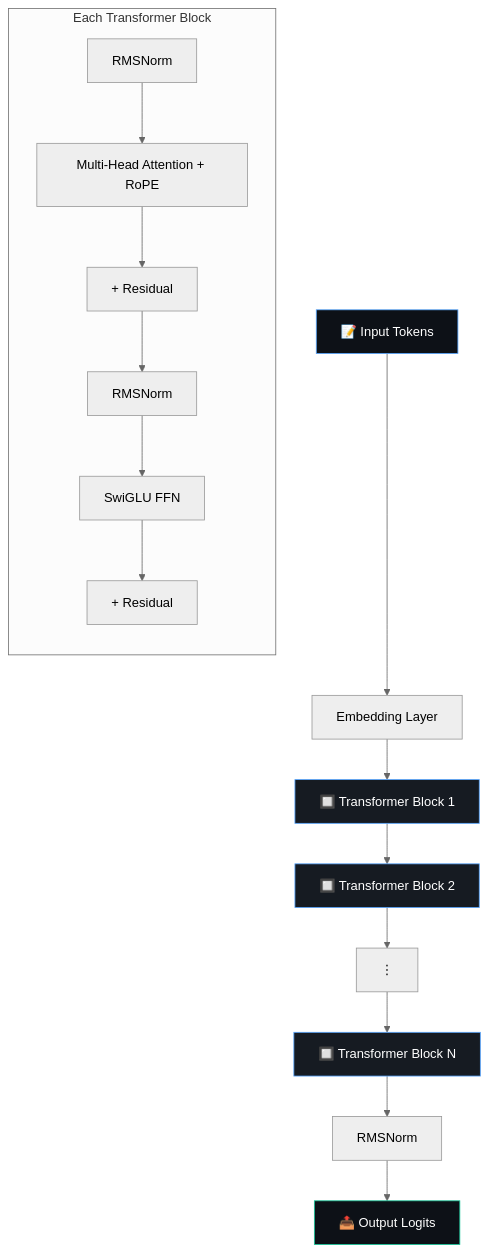
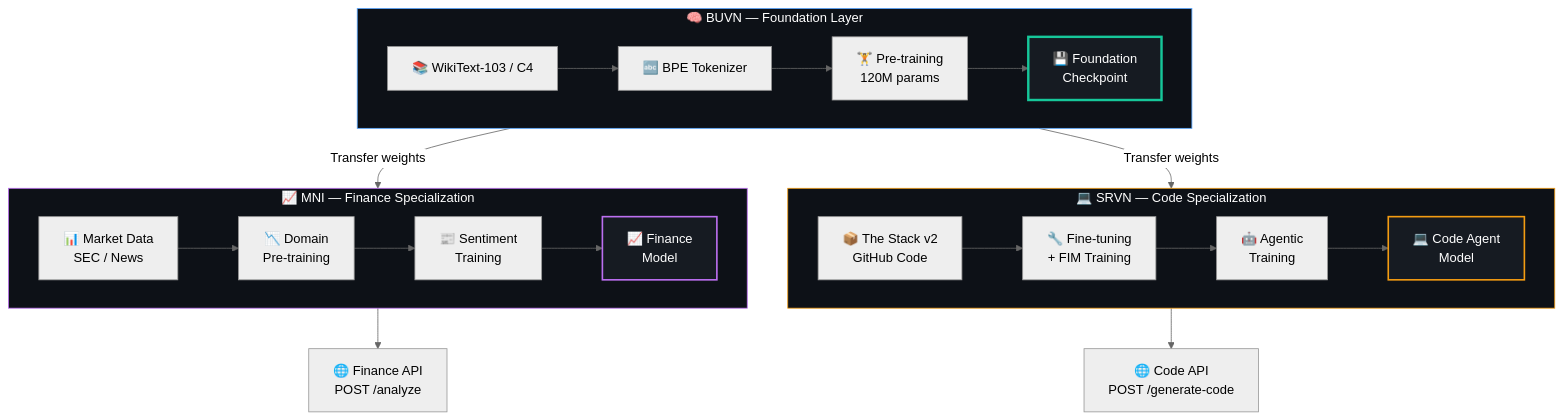
One commit to bhuvan0808/beuvian changed the second of 2 diagrams in README.md. Above: the diagram before and after it, drawn with Mermaid (neutral theme). The commit also changed other lines of this file and 12 other files, not shown here.

````diff
--- a/README.md
+++ b/README.md
@@ -118,25 +584,36 @@
 ```mermaid
 graph TB
-    INPUT["📝 Input Tokens"] --> EMB["Embedding Layer"]
-    EMB --> TB1["🔲 Transformer Block 1"]
-    TB1 --> TB2["🔲 Transformer Block 2"]
-    TB2 --> DOTS["⋮"]
-    DOTS --> TBN["🔲 Transformer Block N"]
-    TBN --> NORM["RMSNorm"]
-    NORM --> OUT["📤 Output Logits"]
-    
-    subgraph TB["Each Transformer Block"]
-        direction TB
-        A1["RMSNorm"] --> A2["Multi-Head Attention + RoPE"]
-        A2 --> A3["+ Residual"]
-        A3 --> A4["RMSNorm"]
-        A4 --> A5["SwiGLU FFN"]
-        A5 --> A6["+ Residual"]
+    subgraph FOUNDATION["🧠 BUVN — Foundation Layer"]
+        direction LR
+        D1["📚 WikiText-103 / C4"] --> T1["🔤 BPE Tokenizer"]
+        T1 --> PT["🏋️ Pre-training<br/>120M params"]
+        PT --> CKPT["💾 Foundation<br/>Checkpoint"]
     end
-    
-    style INPUT fill:#0d1117,stroke:#58a6ff,color:#fff
-    style OUT fill:#0d1117,stroke:#16c79a,color:#fff
-    style TB1 fill:#161b22,stroke:#58a6ff,color:#fff
-    style TB2 fill:#161b22,stroke:#58a6ff,color:#fff
-    style TBN fill:#161b22,stroke:#58a6ff,color:#fff
+
+    subgraph CODE["💻 SRVN — Code Specialization"]
+        direction LR
+        D2["📦 The Stack v2<br/>GitHub Code"] --> FT1["🔧 Fine-tuning<br/>+ FIM Training"]
+        FT1 --> AG["🤖 Agentic<br/>Training"]
+        AG --> SRVN_OUT["💻 Code Agent<br/>Model"]
+    end
+
+    subgraph FINANCE["📈 MNI — Finance Specialization"]
+        direction LR
+        D3["📊 Market Data<br/>SEC / News"] --> FT2["📉 Domain<br/>Pre-training"]
+        FT2 --> ST["📰 Sentiment<br/>Training"]
+        ST --> MNI_OUT["📈 Finance<br/>Model"]
+    end
+
+    CKPT -->|Transfer weights| FT1
+    CKPT -->|Transfer weights| FT2
+
+    SRVN_OUT --> API1["🌐 Code API<br/>POST /generate-code"]
+    MNI_OUT --> API2["🌐 Finance API<br/>POST /analyze"]
+
+    style FOUNDATION fill:#0d1117,stroke:#58a6ff,color:#fff
+    style CODE fill:#0d1117,stroke:#f39c12,color:#fff
+    style FINANCE fill:#0d1117,stroke:#bc6ff1,color:#fff
+    style CKPT fill:#161b22,stroke:#16c79a,color:#fff,stroke-width:3px
+    style SRVN_OUT fill:#161b22,stroke:#f39c12,color:#fff,stroke-width:2px
+    style MNI_OUT fill:#161b22,stroke:#bc6ff1,color:#fff,stroke-width:2px
 ```
````
